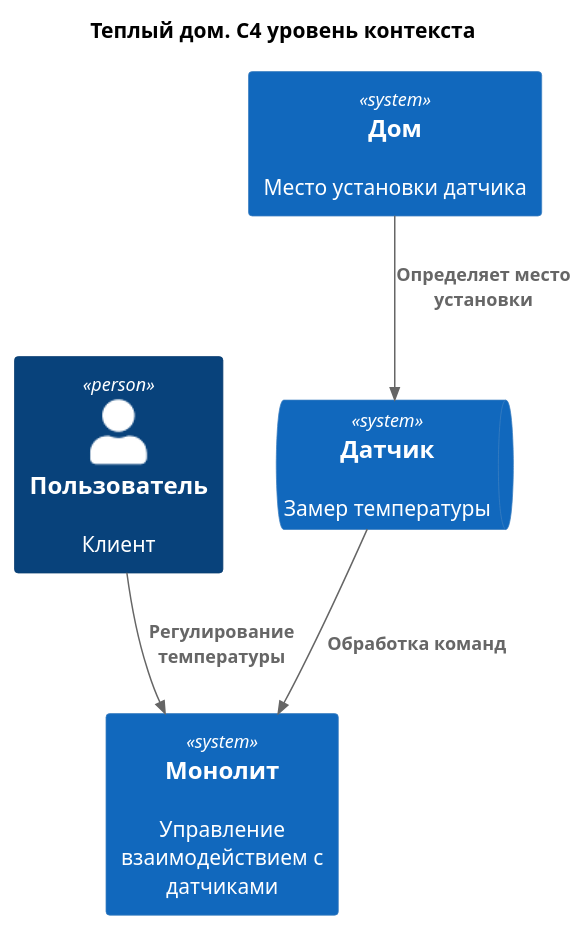
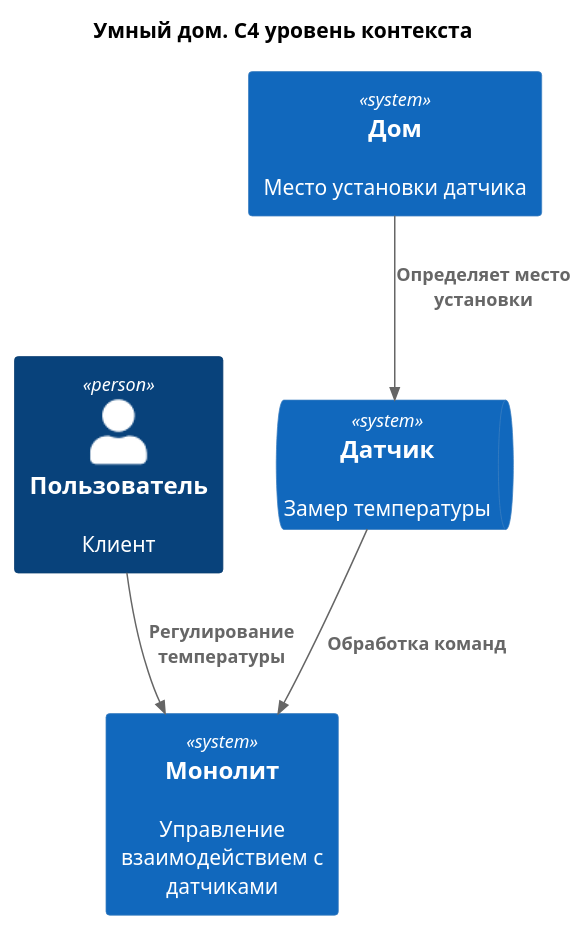
Before and after one commit to realjungleman/architecture-warmhouse: the diagram in 1_task/c4_context.puml, drawn with PlantUML. The commit also changed 9 other files, not shown here.

Commit message:
Заменено теплый на умный

```diff
--- a/1_task/c4_context.puml
+++ b/1_task/c4_context.puml
@@ -1,17 +1,17 @@
 @startuml
-title Теплый дом. С4 уровень контекста
+title Умный дом. С4 уровень контекста
 
 top to bottom direction
 
 !includeurl https://raw.githubusercontent.com/RicardoNiepel/C4-PlantUML/master/C4_Component.puml
 
 Person(user, "Пользователь", "Клиент")
 
 System(MainSystem, "Монолит", "Управление взаимодействием с датчиками")
 SystemQueue(Sensor, "Датчик", "Замер температуры")
 System(House, "Дом", "Место установки датчика")
 
 Rel(user, MainSystem, "Регулирование температуры")
 Rel(Sensor, MainSystem, "Обработка команд")
 Rel(House, Sensor, "Определяет место установки")
 @enduml
```
